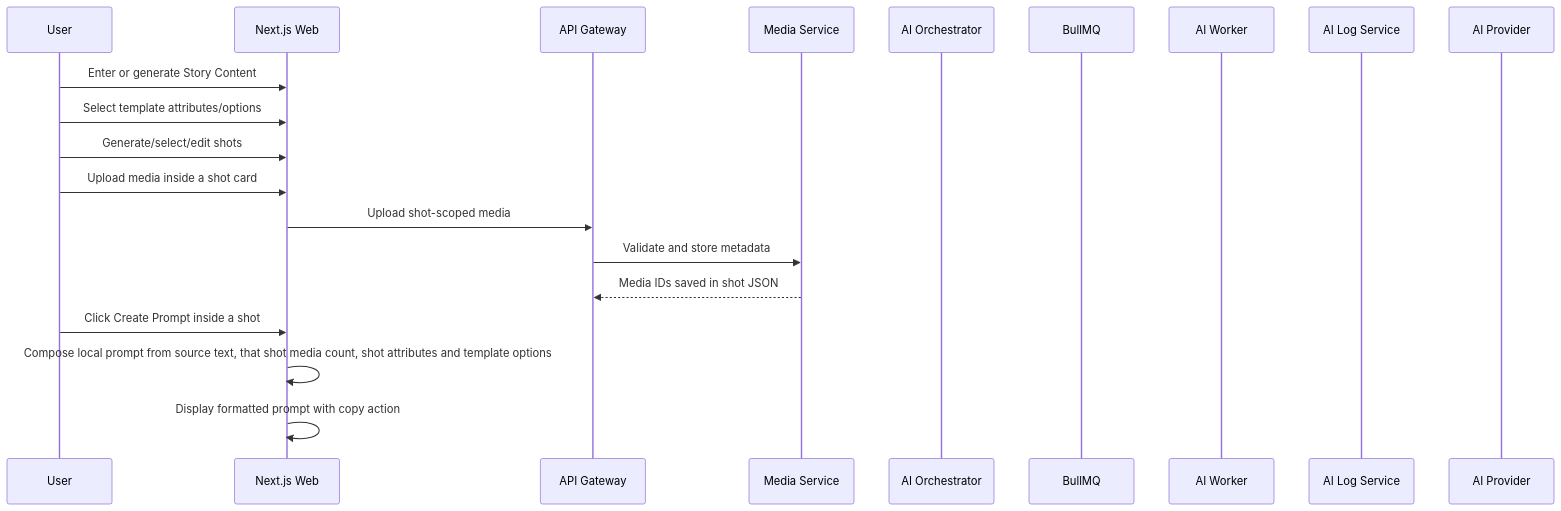
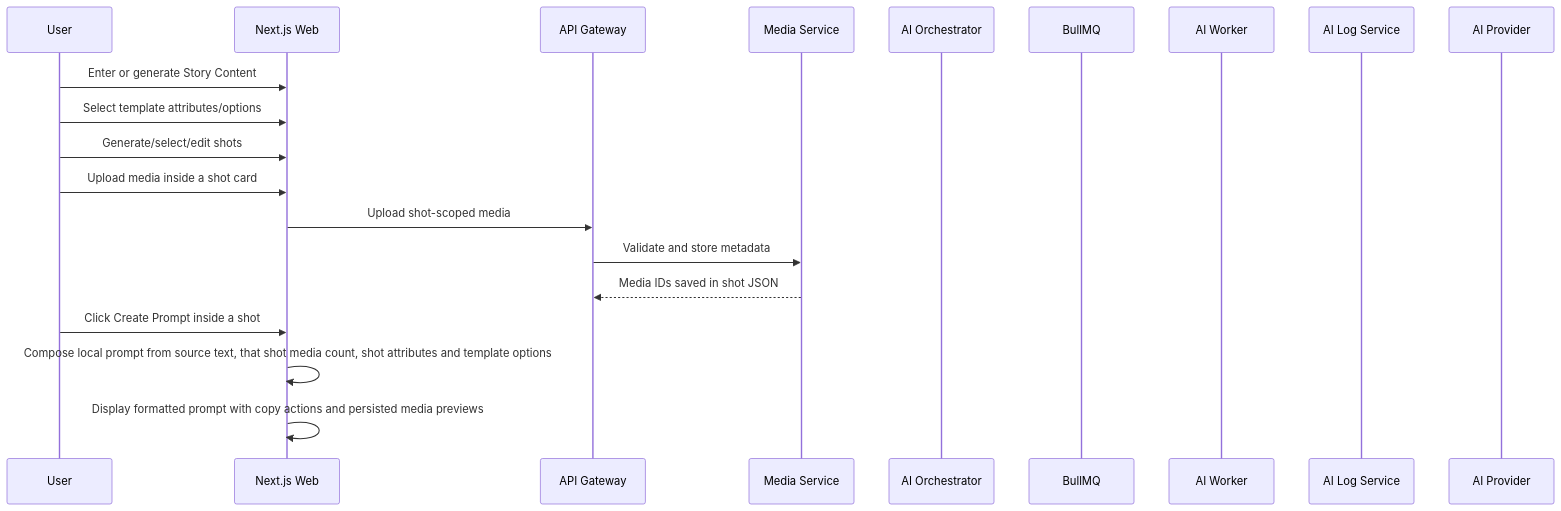
One commit to huynhhuulocit/videoAI changed the first of 2 diagrams in docs/tsd/06-ai-media-workflows.md. Above: the diagram before and after it, drawn with Mermaid. The commit also changed other lines of this file and 5 other files, not shown here.

````diff
--- a/docs/tsd/06-ai-media-workflows.md
+++ b/docs/tsd/06-ai-media-workflows.md
@@ -30,23 +30,23 @@
 ```mermaid
 sequenceDiagram
   participant User
   participant Web as Next.js Web
   participant API as API Gateway
   participant Media as Media Service
   participant AI as AI Orchestrator
   participant Queue as BullMQ
   participant Worker as AI Worker
   participant Log as AI Log Service
   participant Provider as AI Provider
 
   User->>Web: Enter or generate Story Content
   User->>Web: Select template attributes/options
   User->>Web: Generate/select/edit shots
   User->>Web: Upload media inside a shot card
   Web->>API: Upload shot-scoped media
   API->>Media: Validate and store metadata
   Media-->>API: Media IDs saved in shot JSON
   User->>Web: Click Create Prompt inside a shot
   Web->>Web: Compose local prompt from source text, that shot media count, shot attributes and template options
-  Web->>Web: Display formatted prompt with copy action
+  Web->>Web: Display formatted prompt with copy actions and persisted media previews
 ```
````
